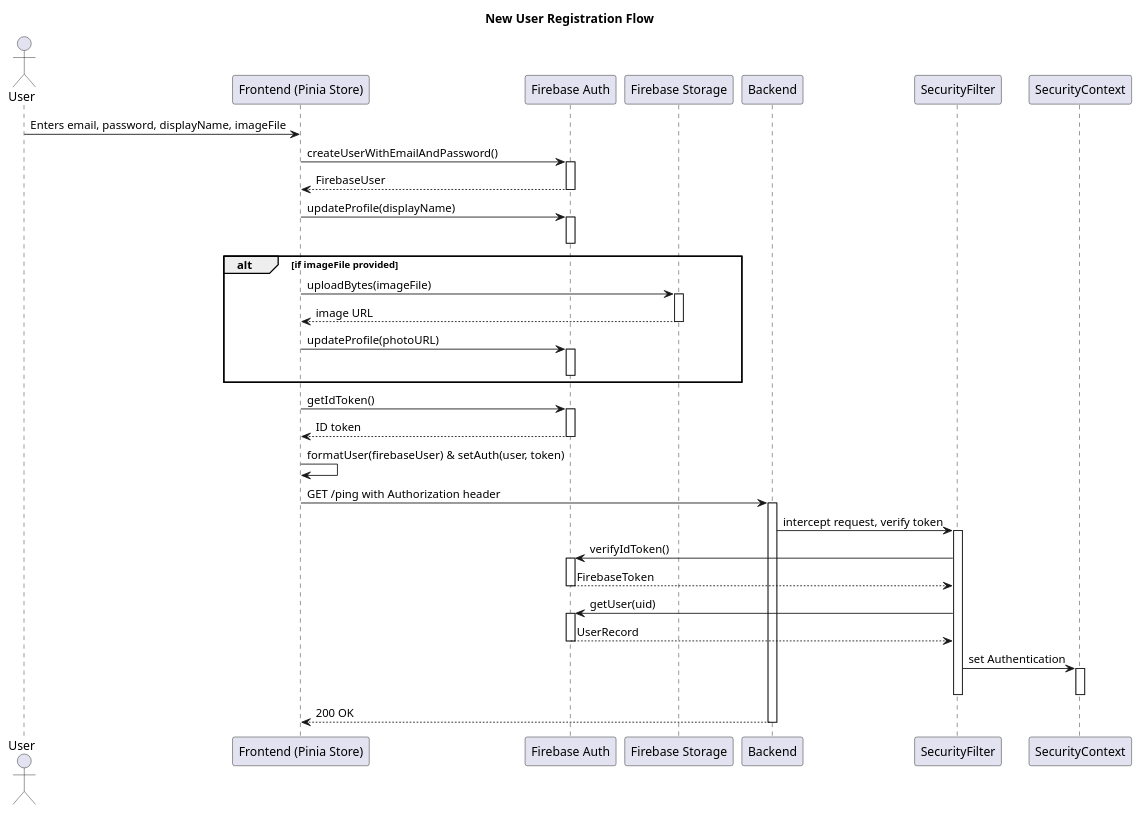
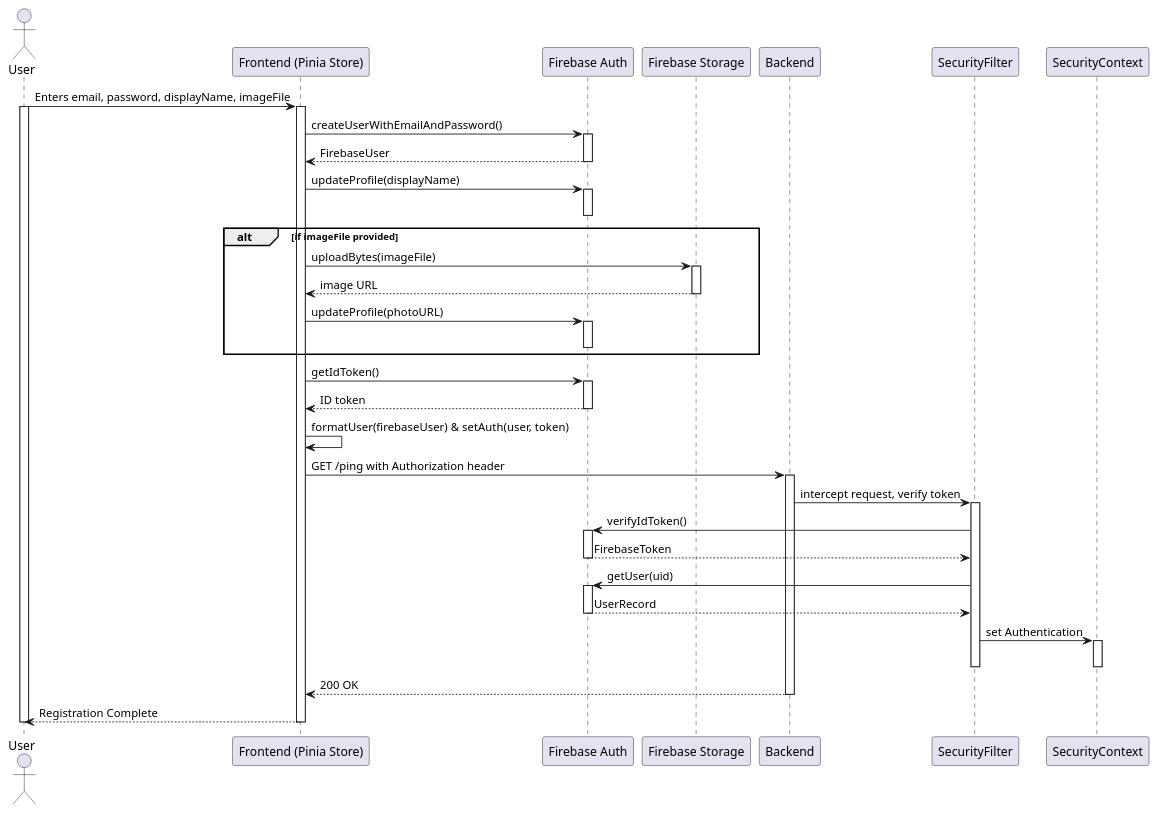
One commit to keerati5003/PlanMate-Diagram changed the diagram in sequence/register.puml. Above: the diagram before and after it, drawn with PlantUML. The commit also changed 3 other files, not shown here.

```diff
--- a/sequence/register.puml
+++ b/sequence/register.puml
@@ -1,65 +1,68 @@
 @startuml
 actor User
 participant "Frontend (Pinia Store)" as Frontend
 participant "Firebase Auth" as FirebaseAuth
 participant "Firebase Storage" as FirebaseStorage
 participant "Backend" as Backend
 participant "SecurityFilter" as SecurityFilter
 participant "SecurityContext" as SecurityContext
 
-title: New User Registration Flow
-
 User -> Frontend : Enters email, password, displayName, imageFile
+activate User
+activate Frontend
 
 Frontend -> FirebaseAuth : createUserWithEmailAndPassword()
 activate FirebaseAuth
 FirebaseAuth --> Frontend : FirebaseUser
 deactivate FirebaseAuth
 
 Frontend -> FirebaseAuth : updateProfile(displayName)
 activate FirebaseAuth
 deactivate FirebaseAuth
 
 
 alt if imageFile provided
   Frontend -> FirebaseStorage : uploadBytes(imageFile)
   activate FirebaseStorage
   FirebaseStorage --> Frontend : image URL
   deactivate FirebaseStorage
 
   Frontend -> FirebaseAuth : updateProfile(photoURL)
   activate FirebaseAuth
   deactivate FirebaseAuth
 end
 
 Frontend -> FirebaseAuth : getIdToken()
 activate FirebaseAuth
 FirebaseAuth --> Frontend : ID token
 deactivate FirebaseAuth
 
 Frontend -> Frontend : formatUser(firebaseUser) & setAuth(user, token)
 
 Frontend -> Backend : GET /ping with Authorization header
 activate Backend
 
 Backend -> SecurityFilter : intercept request, verify token
 activate SecurityFilter
 
 SecurityFilter -> FirebaseAuth : verifyIdToken()
 activate FirebaseAuth
 FirebaseAuth --> SecurityFilter : FirebaseToken
 deactivate FirebaseAuth
 
 SecurityFilter -> FirebaseAuth : getUser(uid)
 activate FirebaseAuth
 FirebaseAuth --> SecurityFilter : UserRecord
 deactivate FirebaseAuth
 
 SecurityFilter -> SecurityContext : set Authentication
 activate SecurityContext
 deactivate SecurityContext
 
 deactivate SecurityFilter
 Backend --> Frontend : 200 OK
 deactivate Backend
+Frontend --> User : Registration Complete
+deactivate Frontend
+deactivate User
 @enduml
```
